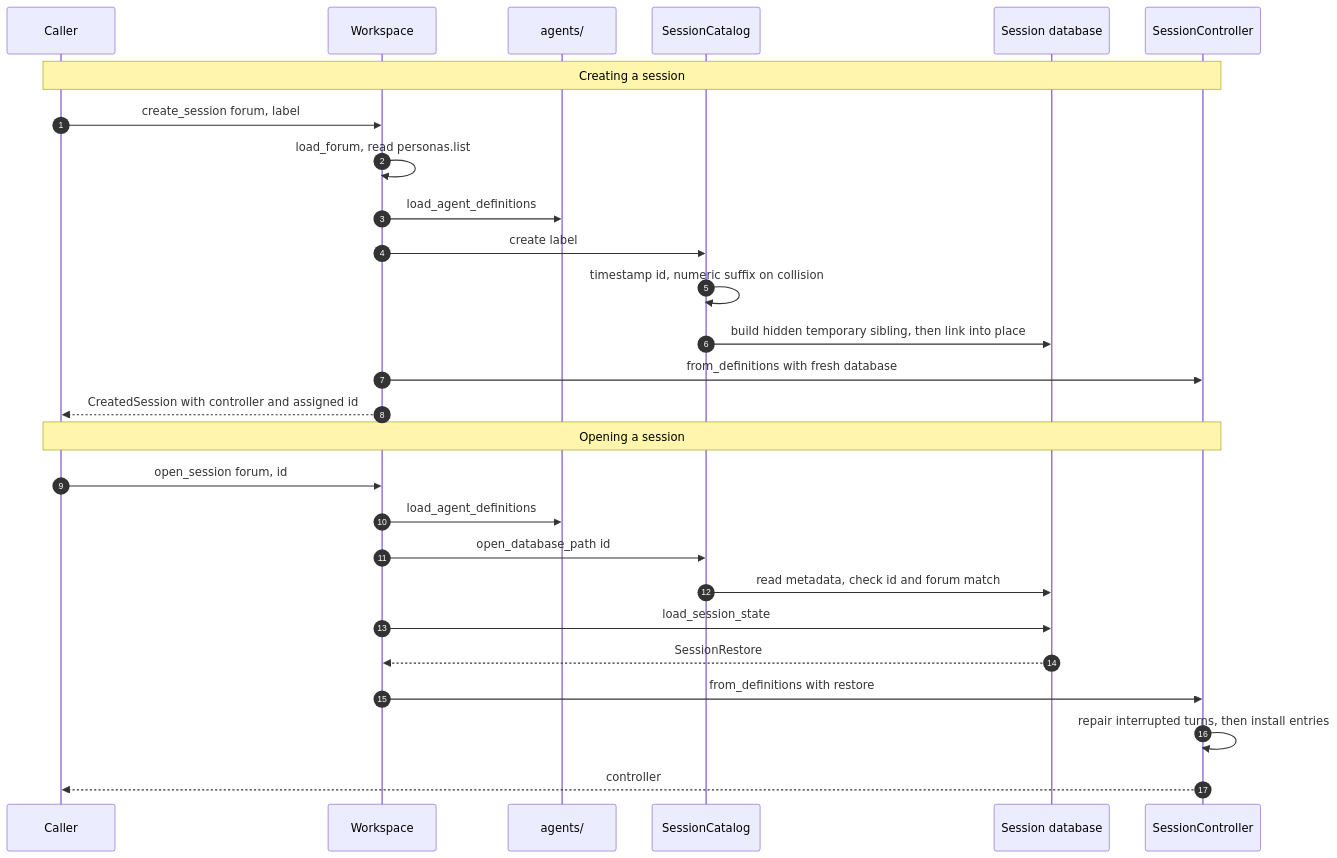
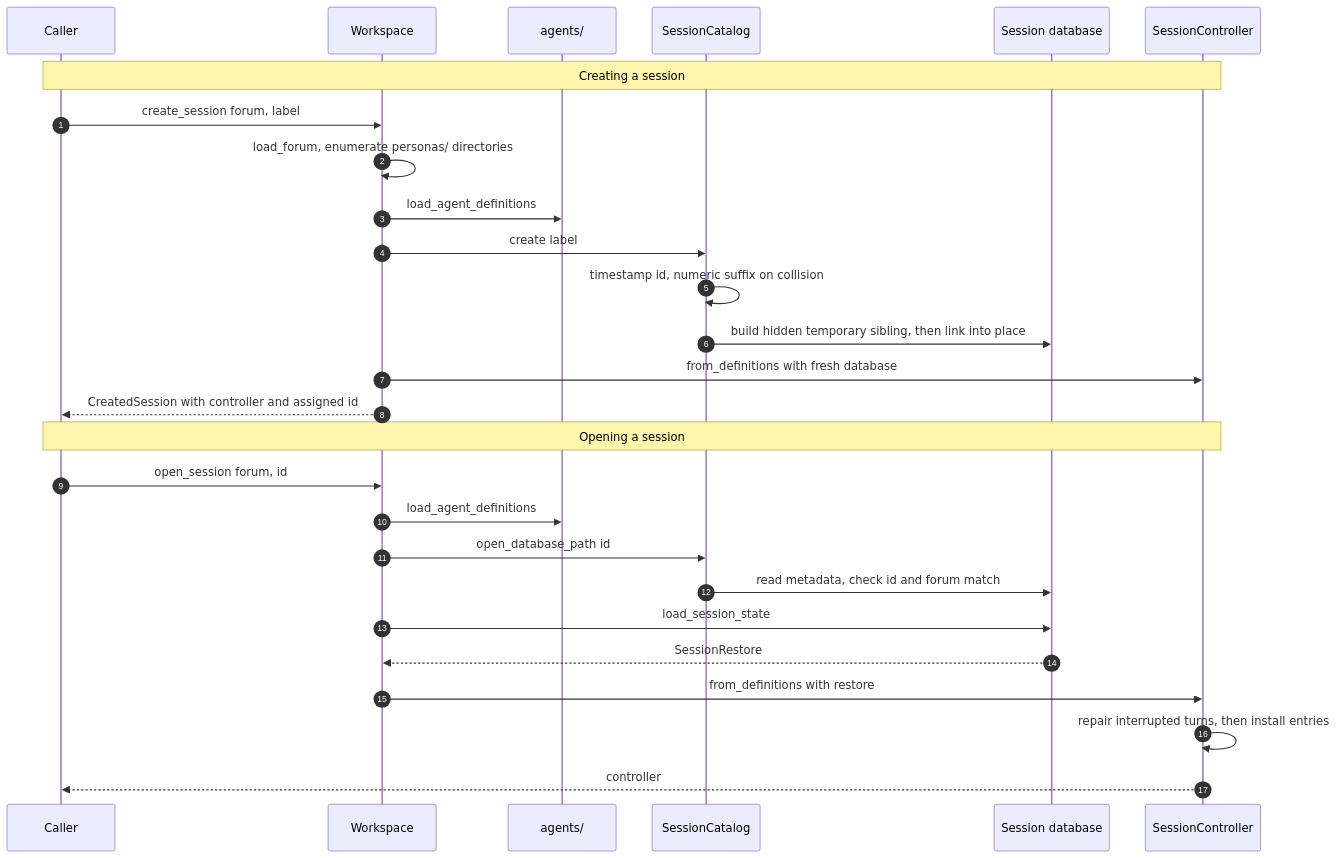
One commit to michaelpopov/cha changed the second of 4 diagrams in src/session/README.md. Above: the diagram before and after it, drawn with Mermaid. The commit also changed other lines of this file and 37 other files, not shown here.

````diff
--- a/src/session/README.md
+++ b/src/session/README.md
@@ -66,31 +70,31 @@
 ```mermaid
 sequenceDiagram
     autonumber
     participant UI as Caller
     participant WS as Workspace
     participant AG as agents/
     participant SC as SessionCatalog
     participant DB as Session database
     participant CC as SessionController
 
     Note over UI,CC: Creating a session
     UI->>WS: create_session forum, label
-    WS->>WS: load_forum, read personas.list
+    WS->>WS: load_forum, enumerate personas/ directories
     WS->>AG: load_agent_definitions
     WS->>SC: create label
     SC->>SC: timestamp id, numeric suffix on collision
     SC->>DB: build hidden temporary sibling, then link into place
     WS->>CC: from_definitions with fresh database
     WS-->>UI: CreatedSession with controller and assigned id
 
     Note over UI,CC: Opening a session
     UI->>WS: open_session forum, id
     WS->>AG: load_agent_definitions
     WS->>SC: open_database_path id
     SC->>DB: read metadata, check id and forum match
     WS->>DB: load_session_state
     DB-->>WS: SessionRestore
     WS->>CC: from_definitions with restore
     CC->>CC: repair interrupted turns, then install entries
     CC-->>UI: controller
 ```
````
